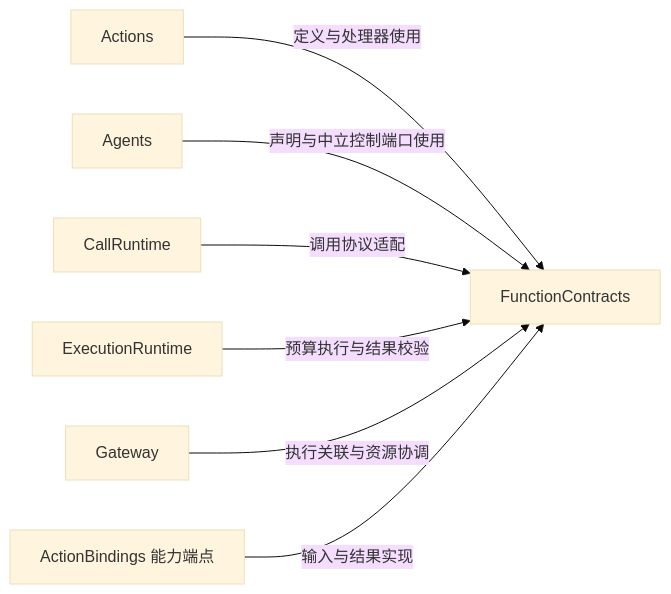
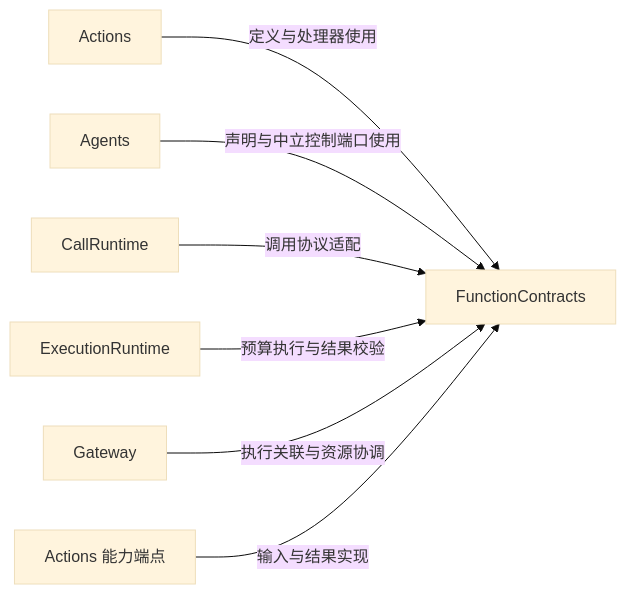
One commit to devilyouwei/MobileHarness changed the first of 2 diagrams in MobileHarness/Actions/Support/Contracts/README.md. Above: the diagram before and after it, drawn with Mermaid (base theme). The commit also changed other lines of this file and 483 other files, not shown here.

````diff
--- a/MobileHarness/Actions/Support/Contracts/README.md
+++ b/MobileHarness/Actions/Support/Contracts/README.md
@@ -9,9 +9,9 @@
 ```mermaid
 flowchart LR
     Actions -->|定义与处理器使用| C[FunctionContracts]
     Agents -->|声明与中立控制端口使用| C
     CallRuntime -->|调用协议适配| C
     ExecutionRuntime -->|预算执行与结果校验| C
     Gateway -->|执行关联与资源协调| C
-    Host[ActionBindings 能力端点] -->|输入与结果实现| C
+    Host[Actions 能力端点] -->|输入与结果实现| C
 ```
````
